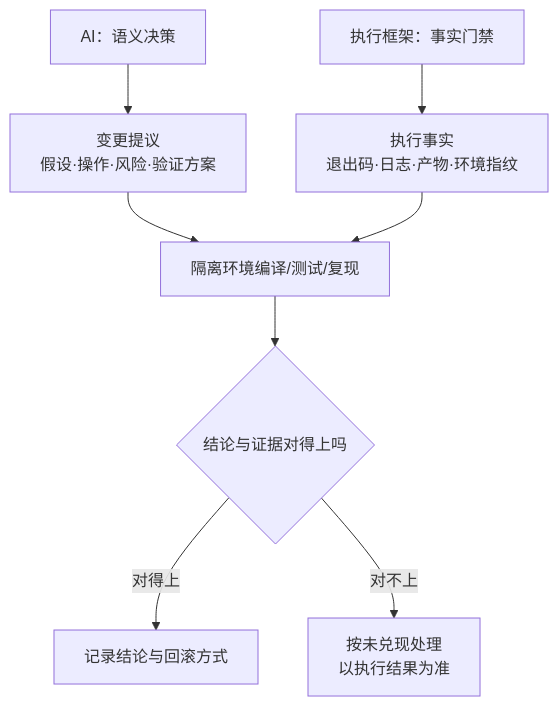
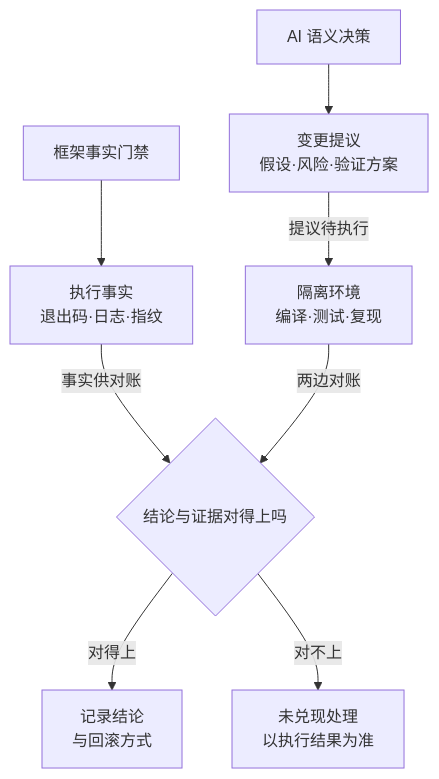
The first of 2 diagrams in vault/工程知识/AI 系统工程：从模型能力到生产能力/Agent与工作流/AI辅助研发必须形成证据闭环.md (hub138/technical-knowledge), drawn with Mermaid before and after one commit. The commit also changed other lines of this file and 622 other files, not shown here.

````diff
--- a/vault/工程知识/AI 系统工程：从模型能力到生产能力/Agent与工作流/AI辅助研发必须形成证据闭环.md
+++ b/vault/工程知识/AI 系统工程：从模型能力到生产能力/Agent与工作流/AI辅助研发必须形成证据闭环.md
@@ -98,10 +110,10 @@
 ```mermaid
 graph TD
-    AI[AI：语义决策] --> P[变更提议<br/>假设·操作·风险·验证方案]
-    FW[执行框架：事实门禁] --> E[执行事实<br/>退出码·日志·产物·环境指纹]
-    P --> V[隔离环境编译/测试/复现]
-    E --> V
-    V --> C{结论与证据对得上吗}
-    C -->|对得上| OK[记录结论与回滚方式]
-    C -->|对不上| REJ[按未兑现处理<br/>以执行结果为准]
+    AI[AI 语义决策] --> P[变更提议<br/>假设·风险·验证方案]
+    FW[框架事实门禁] --> E[执行事实<br/>退出码·日志·指纹]
+    P -->|提议待执行| V[隔离环境<br/>编译·测试·复现]
+    E -->|事实供对账| C
+    V -->|两边对账| C{结论与证据对得上吗}
+    C -->|对得上| OK[记录结论<br/>与回滚方式]
+    C -->|对不上| REJ[未兑现处理<br/>以执行结果为准]
 ```
````
